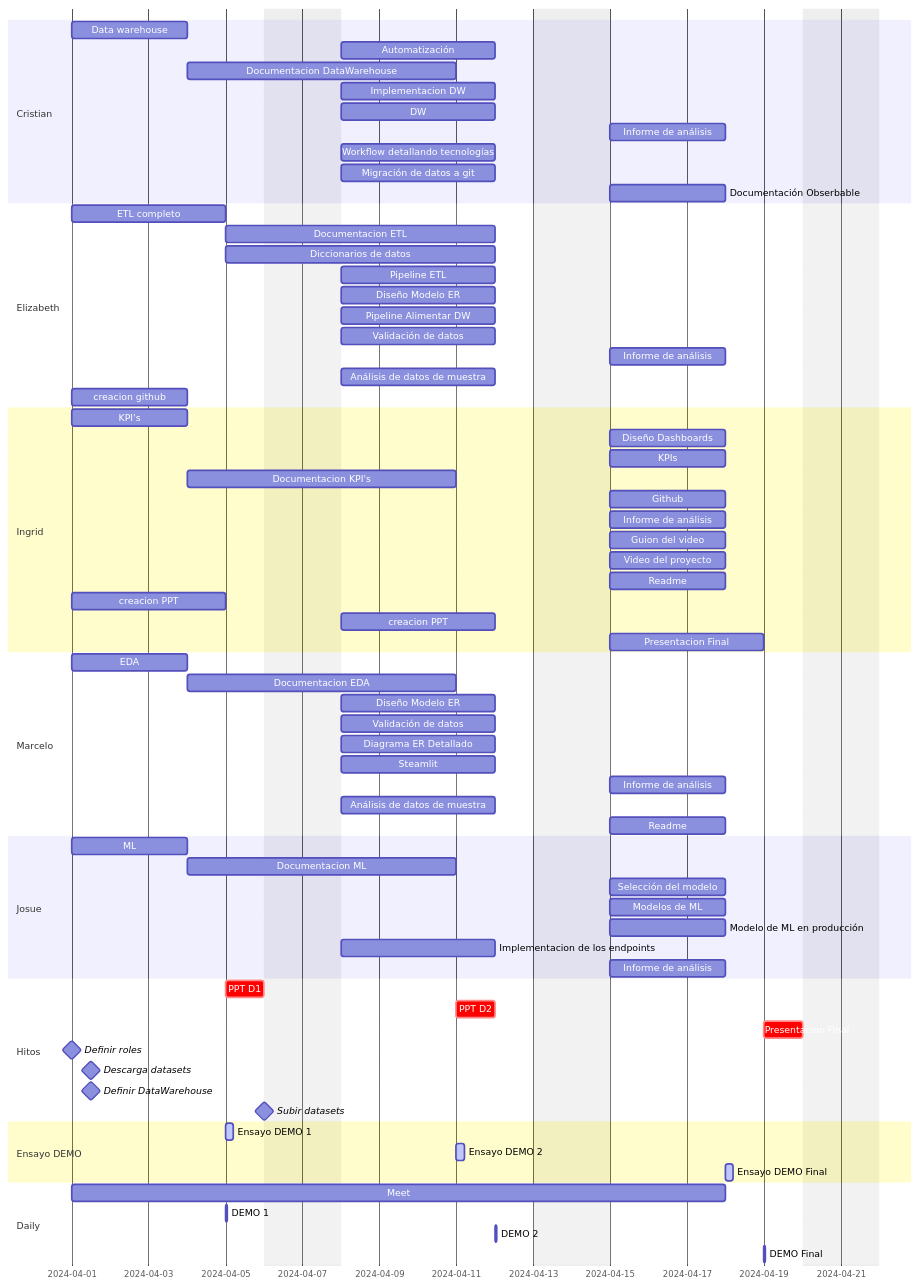
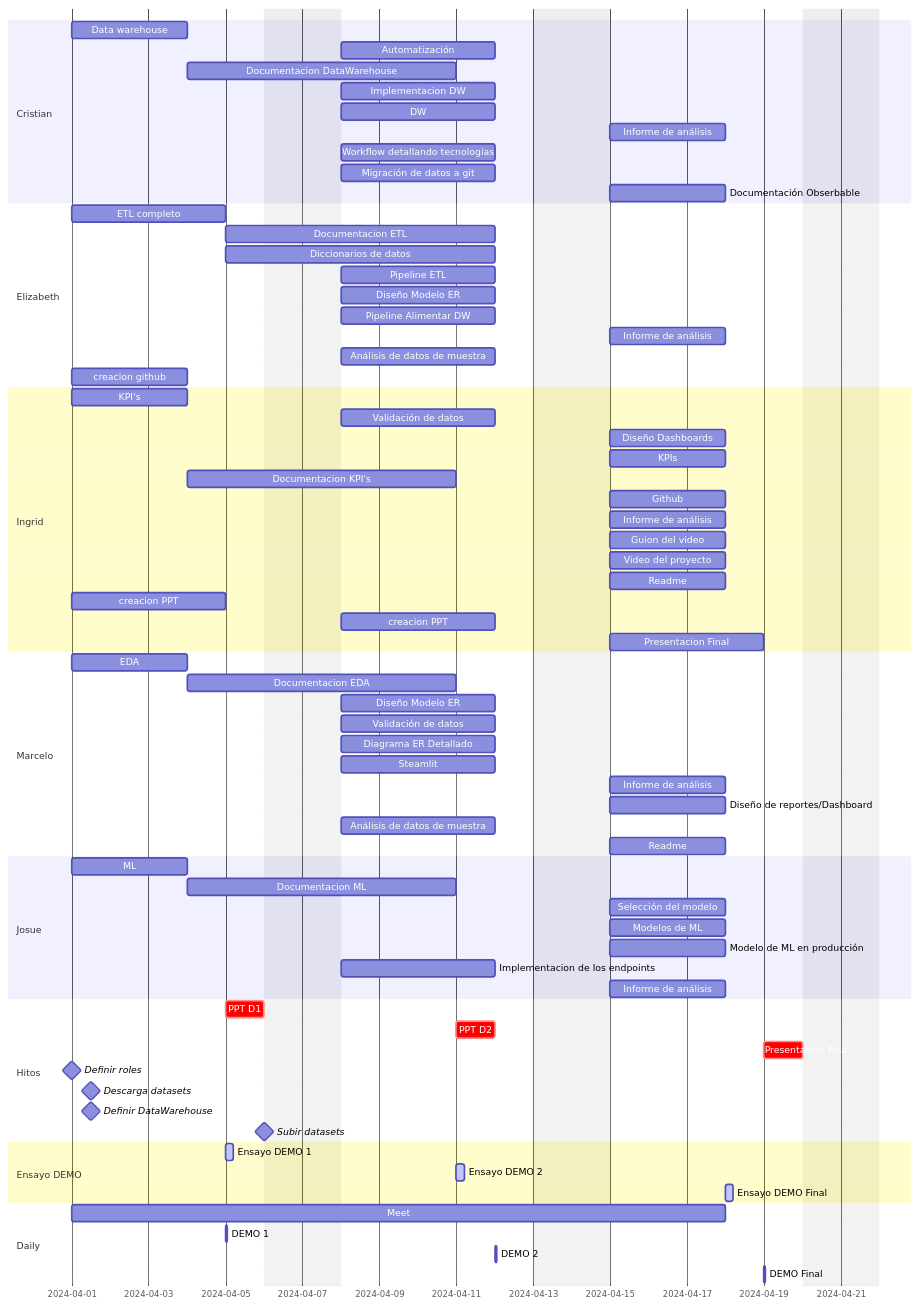
One commit to marceloyuba/SDT changed the diagram in Documentacion/Gantt.md. Above: the diagram before and after it, drawn with Mermaid.

```diff
--- a/Documentacion/Gantt.md
+++ b/Documentacion/Gantt.md
@@ -25,7 +25,6 @@
     Pipeline ETL               :    des8, 2024-04-08, 4d
     Diseño Modelo ER           :    des8, 2024-04-08, 4d 
     Pipeline Alimentar DW       :    des9, 2024-04-08, 4d
-    Validación de datos         :    des12, 2024-04-08, 4d
     Informe de análisis               :   des25, 2024-04-15, 3d
     Análisis de datos de muestra   :   des16, 2024-04-08, 4d
     creacion github         :    des1, 2024-04-01, 3d 
@@ -35,6 +34,7 @@
 
     section Ingrid
     KPI's                     :   des3,  2024-04-01, 3d
+    Validación de datos         :    des12, 2024-04-08, 4d
     Diseño Dashboards              :    des20, 2024-04-15, 3d
     KPIs                           :   des21, 2024-04-15, 3d
     Documentacion KPI's              : a1, after des1, 5d
@@ -55,6 +55,7 @@
     Diagrama ER Detallado       :    des13, 2024-04-08, 4d
     Steamlit                     :    des18, 2024-04-08, 4d
     Informe de análisis               :    des25, 2024-04-15, 3d
+    Diseño de reportes/Dashboard   : 2024-04-15, 3d
     Análisis de datos de muestra   :   des16, 2024-04-08, 4d
     Readme                        : 2024-04-15, 3d
 
```
